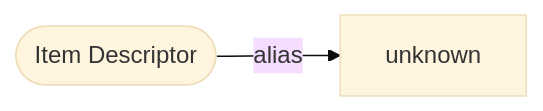
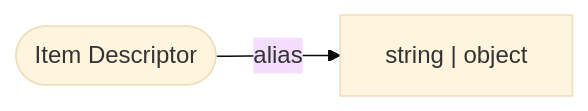
One commit to bedrock-v/protocol-docs changed the diagram in schemas/types/Item_Descriptor.md. Above: the diagram before and after it, drawn with Mermaid (base theme). The commit also changed 114 other files, not shown here.

````diff
--- a/schemas/types/Item_Descriptor.md
+++ b/schemas/types/Item_Descriptor.md
@@ -5,4 +5,4 @@
 ```mermaid
 flowchart LR
-  ROOT(["Item Descriptor"]) -->|alias| unknown["unknown"]
+  ROOT(["Item Descriptor"]) -->|alias| string___object["string | object"]
 ```
````
